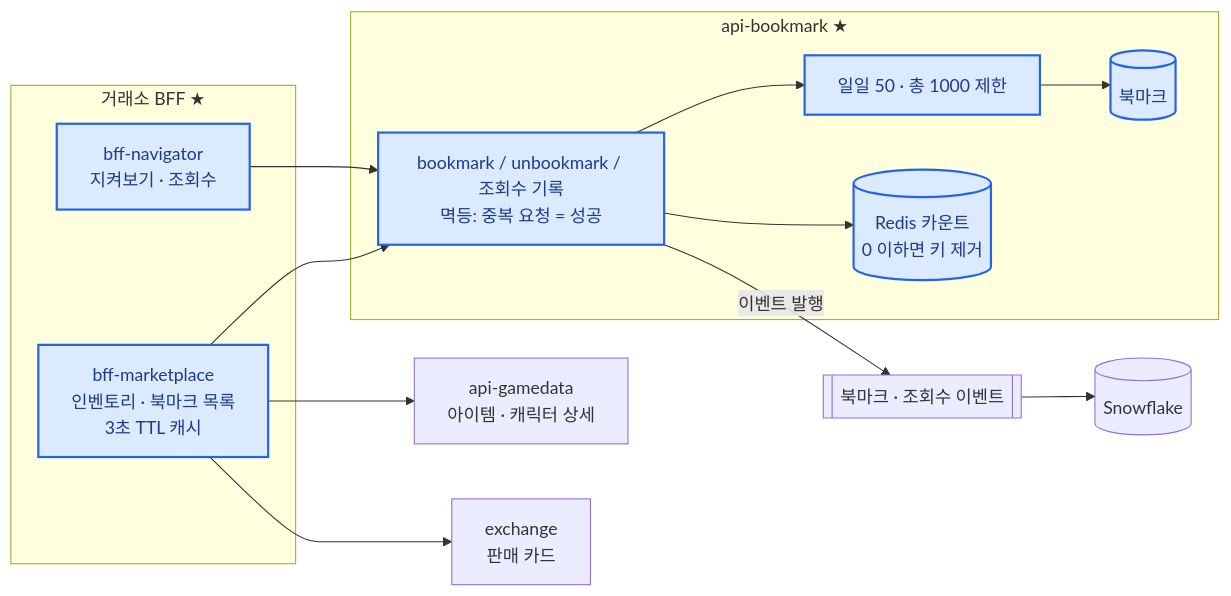
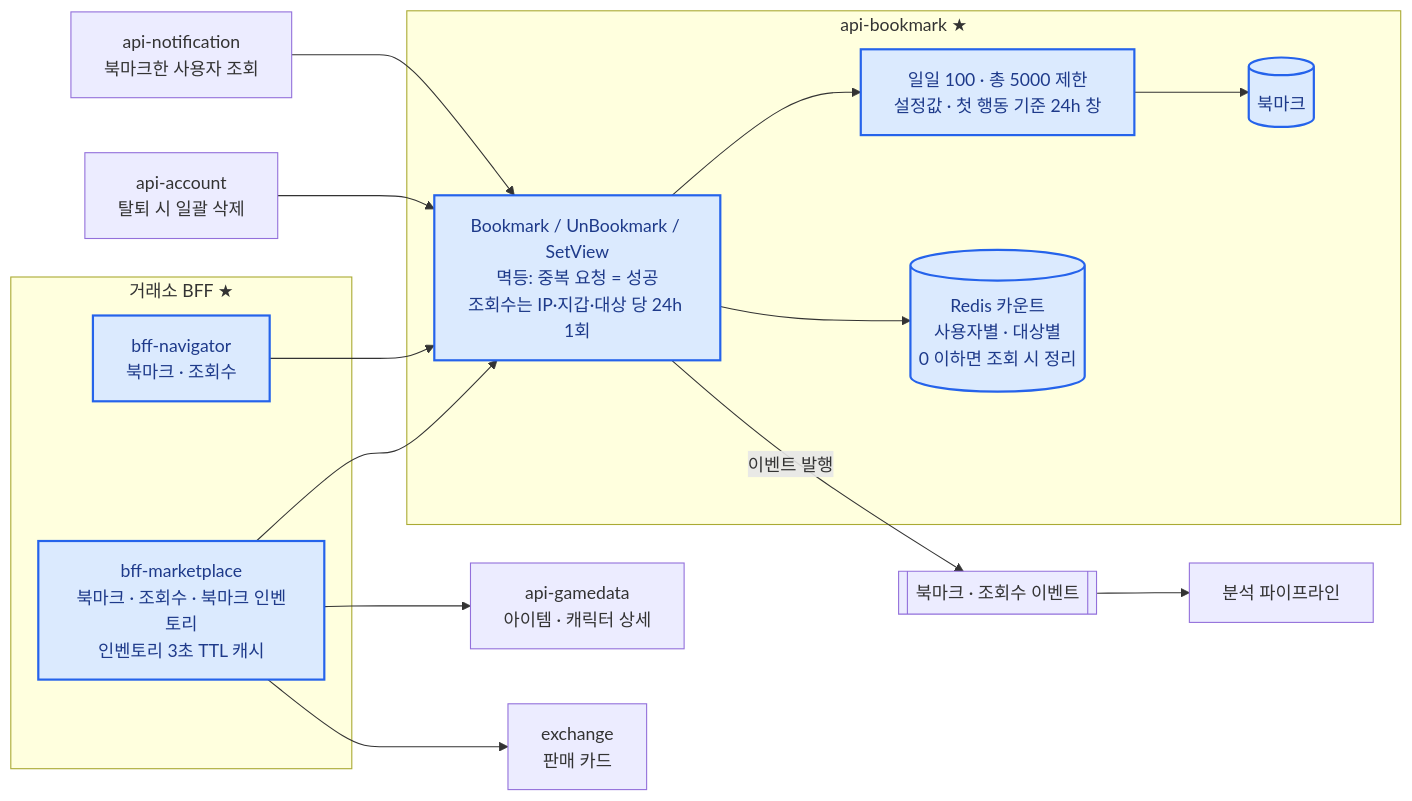
Before and after one commit to shalwxy/career: the diagram in content/diagrams/bookmark.mmd, drawn with Mermaid. The commit also changed 30 other files, not shown here.

```diff
--- a/content/diagrams/bookmark.mmd
+++ b/content/diagrams/bookmark.mmd
@@ -1,23 +1,25 @@
 %% title: api-bookmark — 북마크·조회수와 거래소 BFF
 %% title_en: api-bookmark — bookmarks / view counts and marketplace BFFs
 flowchart LR
     subgraph BFF[거래소 BFF ★]
-        M[bff-marketplace<br/>인벤토리 · 북마크 목록<br/>3초 TTL 캐시]
-        NV[bff-navigator<br/>지켜보기 · 조회수]
+        M[bff-marketplace<br/>북마크 · 조회수 · 북마크 인벤토리<br/>인벤토리 3초 TTL 캐시]
+        NV[bff-navigator<br/>북마크 · 조회수]
     end
     subgraph BK[api-bookmark ★]
-        H[bookmark / unbookmark / 조회수 기록<br/>멱등: 중복 요청 = 성공]
-        L[일일 50 · 총 1000 제한]
+        H[Bookmark / UnBookmark / SetView<br/>멱등: 중복 요청 = 성공<br/>조회수는 IP·지갑·대상 당 24h 1회]
+        L[일일 100 · 총 5000 제한<br/>설정값 · 첫 행동 기준 24h 창]
         PG[(북마크)]
-        RD[(Redis 카운트<br/>0 이하면 키 제거)]
+        RD[(Redis 카운트<br/>사용자별 · 대상별<br/>0 이하면 조회 시 정리)]
     end
+    AC[api-account<br/>탈퇴 시 일괄 삭제]
+    NT[api-notification<br/>북마크한 사용자 조회]
     GD[api-gamedata<br/>아이템 · 캐릭터 상세]
     EX[exchange<br/>판매 카드]
     K[[북마크 · 조회수 이벤트]]
-    SF[(Snowflake)]
     M & NV --> H --> L --> PG
     H --> RD
-    H -- 이벤트 발행 --> K --> SF
+    AC & NT --> H
+    H -- 이벤트 발행 --> K --> AN[분석 파이프라인]
     M --> GD & EX
     classDef mine fill:#dbeafe,stroke:#2563eb,stroke-width:2px,color:#1e3a8a
     class M,NV,H,L,PG,RD mine
```
